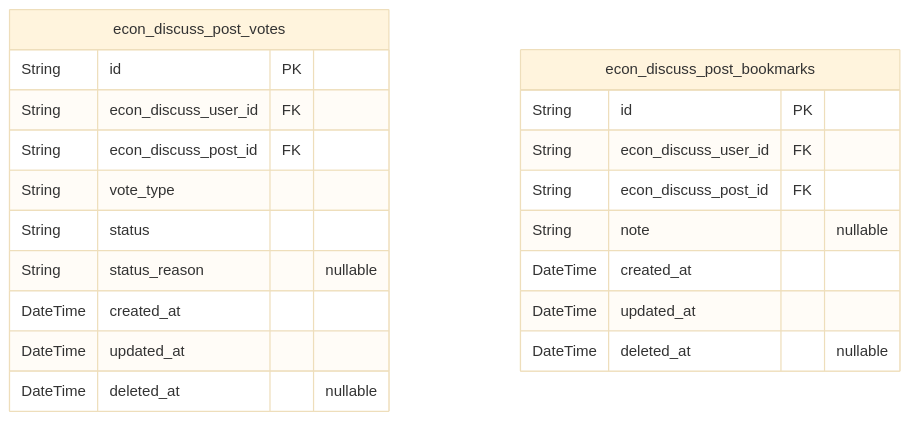
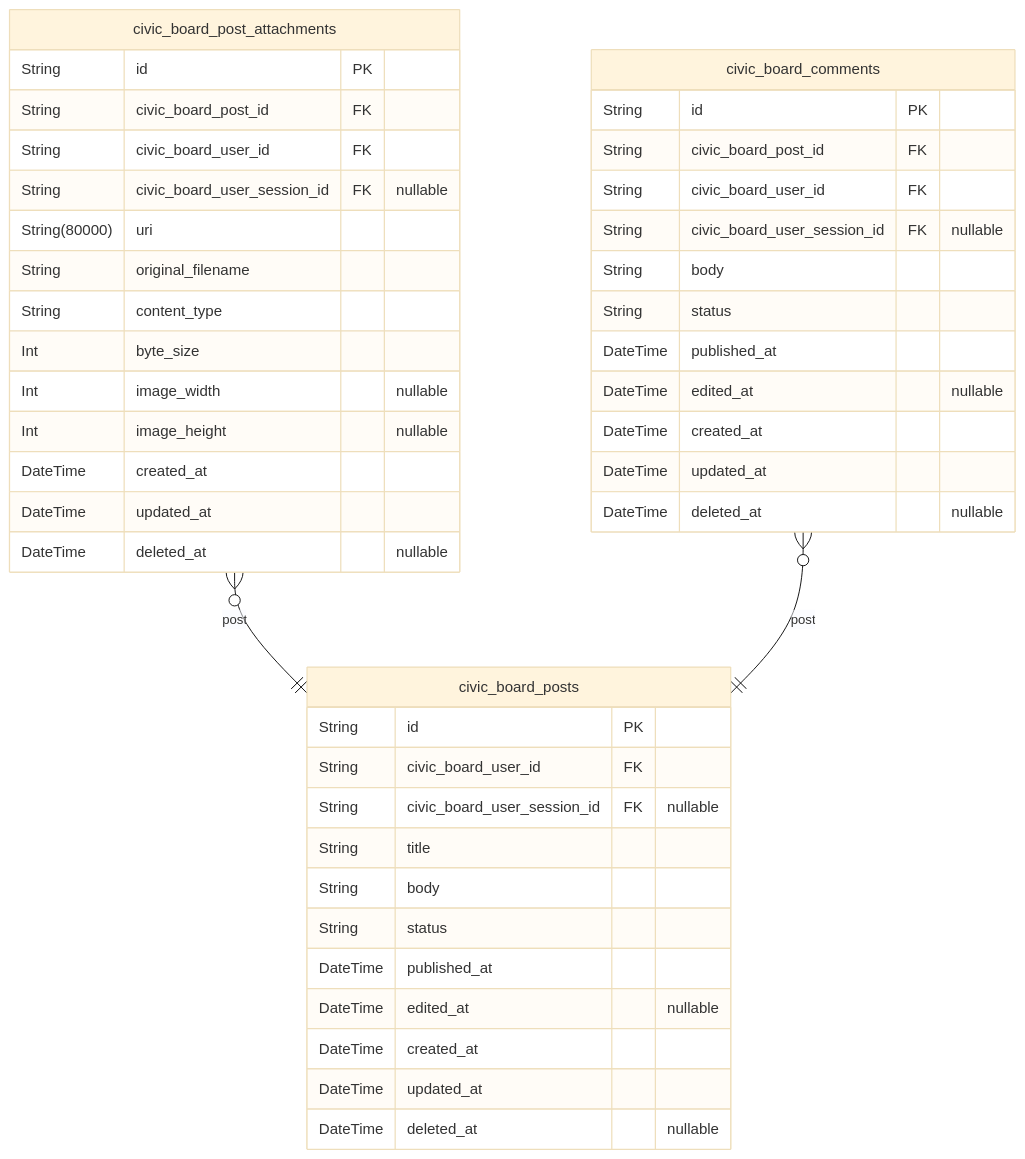
Before and after one commit to wrtnlabs/autobe-examples: the third of 5 diagrams in openai/gpt-5/bbs/docs/ERD.md, drawn with Mermaid (base theme). The commit also changed other lines of this file and 16146 other files, not shown here.

````diff
--- a/openai/gpt-5/bbs/docs/ERD.md
+++ b/openai/gpt-5/bbs/docs/ERD.md
@@ -638,23 +534,46 @@
 ```mermaid
 erDiagram
-"econ_discuss_post_votes" {
+"civic_board_posts" {
   String id PK
-  String econ_discuss_user_id FK
-  String econ_discuss_post_id FK
-  String vote_type
+  String civic_board_user_id FK
+  String civic_board_user_session_id FK "nullable"
+  String title
+  String body
   String status
-  String status_reason "nullable"
+  DateTime published_at
+  DateTime edited_at "nullable"
   DateTime created_at
   DateTime updated_at
   DateTime deleted_at "nullable"
 }
-"econ_discuss_post_bookmarks" {
+"civic_board_post_attachments" {
   String id PK
-  String econ_discuss_user_id FK
-  String econ_discuss_post_id FK
-  String note "nullable"
+  String civic_board_post_id FK
+  String civic_board_user_id FK
+  String civic_board_user_session_id FK "nullable"
+  String(80000) uri
+  String original_filename
+  String content_type
+  Int byte_size
+  Int image_width "nullable"
+  Int image_height "nullable"
   DateTime created_at
   DateTime updated_at
   DateTime deleted_at "nullable"
 }
+"civic_board_comments" {
+  String id PK
+  String civic_board_post_id FK
+  String civic_board_user_id FK
+  String civic_board_user_session_id FK "nullable"
+  String body
+  String status
+  DateTime published_at
+  DateTime edited_at "nullable"
+  DateTime created_at
+  DateTime updated_at
+  DateTime deleted_at "nullable"
+}
+"civic_board_post_attachments" }o--|| "civic_board_posts" : post
+"civic_board_comments" }o--|| "civic_board_posts" : post
 ```
````
